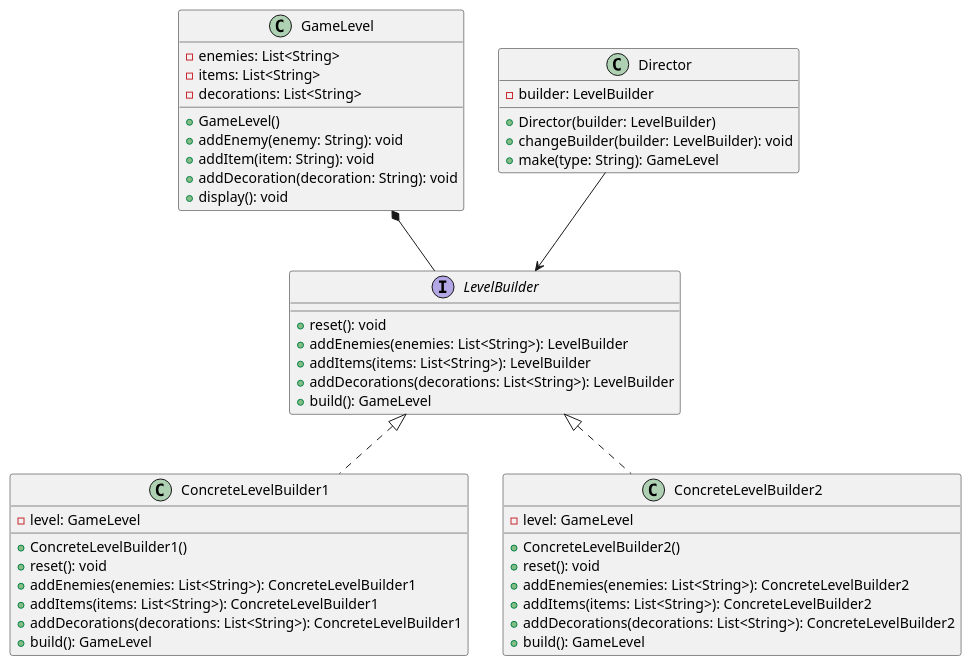
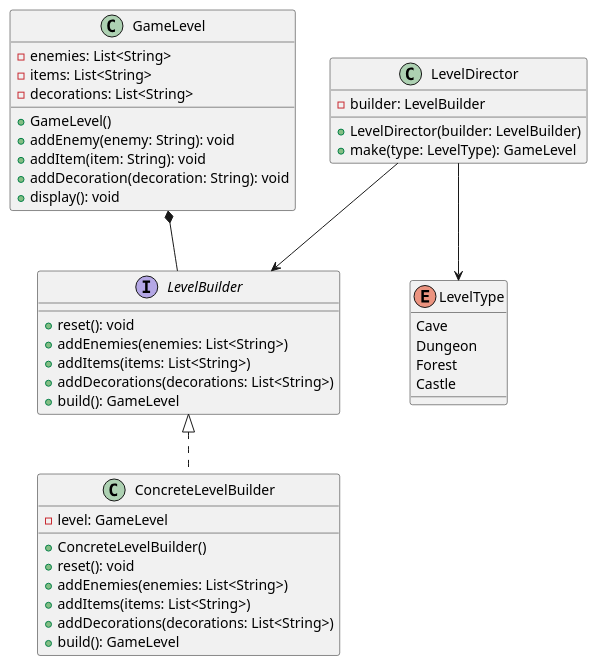
Before and after one commit to project-survivor/documentation: the diagram in UML/Builder/level.builder.plantuml, drawn with PlantUML. The commit also changed 12 other files, not shown here.

```diff
--- a/UML/Builder/level.builder.plantuml
+++ b/UML/Builder/level.builder.plantuml
@@ -1,60 +1,53 @@
 @startuml
 hide footbox
-
-
-
 
 class GameLevel {
     -enemies: List<String>
     -items: List<String>
     -decorations: List<String>
     +GameLevel()
     +addEnemy(enemy: String): void
     +addItem(item: String): void
     +addDecoration(decoration: String): void
     +display(): void
 }
 
 interface LevelBuilder {
     +reset(): void
-    +addEnemies(enemies: List<String>): LevelBuilder
-    +addItems(items: List<String>): LevelBuilder
-    +addDecorations(decorations: List<String>): LevelBuilder
+    +addEnemies(enemies: List<String>)
+    +addItems(items: List<String>)
+    +addDecorations(decorations: List<String>)
     +build(): GameLevel
 }
 
-class ConcreteLevelBuilder1 {
+class ConcreteLevelBuilder {
     -level: GameLevel
-    +ConcreteLevelBuilder1()
+    +ConcreteLevelBuilder()
     +reset(): void
-    +addEnemies(enemies: List<String>): ConcreteLevelBuilder1
-    +addItems(items: List<String>): ConcreteLevelBuilder1
-    +addDecorations(decorations: List<String>): ConcreteLevelBuilder1
+    +addEnemies(enemies: List<String>)
+    +addItems(items: List<String>)
+    +addDecorations(decorations: List<String>)
     +build(): GameLevel
 }
 
-class ConcreteLevelBuilder2 {
-    -level: GameLevel
-    +ConcreteLevelBuilder2()
-    +reset(): void
-    +addEnemies(enemies: List<String>): ConcreteLevelBuilder2
-    +addItems(items: List<String>): ConcreteLevelBuilder2
-    +addDecorations(decorations: List<String>): ConcreteLevelBuilder2
-    +build(): GameLevel
+class LevelDirector {
+    -builder: LevelBuilder
+    +LevelDirector(builder: LevelBuilder)
+    +make(type: LevelType): GameLevel
 }
 
-class Director {
-    -builder: LevelBuilder
-    +Director(builder: LevelBuilder)
-    +changeBuilder(builder: LevelBuilder): void
-    +make(type: String): GameLevel
+enum LevelType {
+    Cave
+    Dungeon
+    Forest
+    Castle
 }
 
-GameLevel *-- LevelBuilder
-LevelBuilder <|.. ConcreteLevelBuilder1
-LevelBuilder <|.. ConcreteLevelBuilder2
-Director --> LevelBuilder
+LevelDirector --> LevelType
 
 
+GameLevel *-- LevelBuilder
+LevelBuilder <|.. ConcreteLevelBuilder
+LevelDirector --> LevelBuilder
 
 @enduml
```
